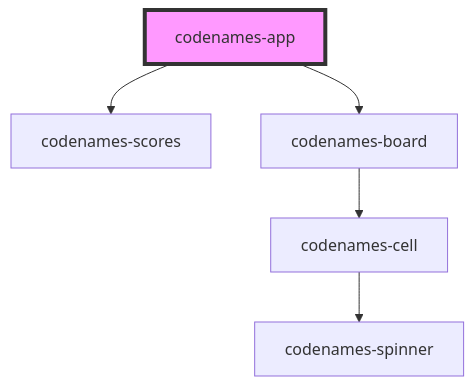
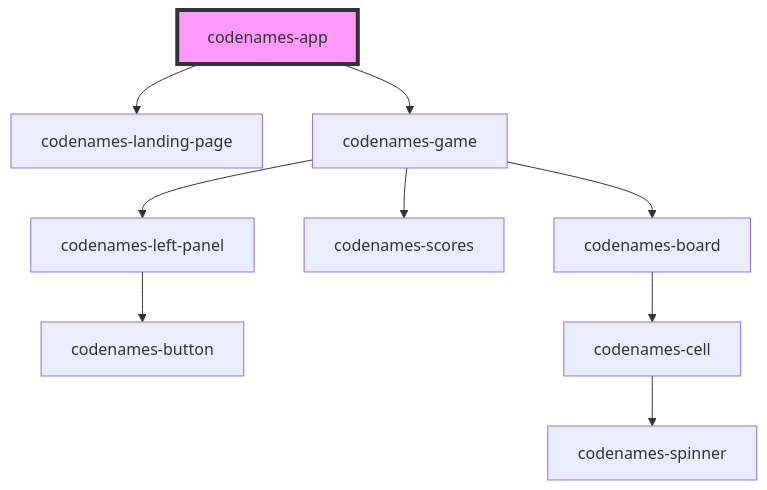
Before and after one commit to nelspd915/codenames: the diagram in packages/frontend/src/components/codenames-app/readme.md, drawn with Mermaid. The commit also changed other lines of this file and 35 other files, not shown here.

````diff
--- a/packages/frontend/src/components/codenames-app/readme.md
+++ b/packages/frontend/src/components/codenames-app/readme.md
@@ -16,8 +16,12 @@
 ```mermaid
 graph TD;
-  codenames-app --> codenames-scores
-  codenames-app --> codenames-board
+  codenames-app --> codenames-landing-page
+  codenames-app --> codenames-game
+  codenames-game --> codenames-left-panel
+  codenames-game --> codenames-scores
+  codenames-game --> codenames-board
+  codenames-left-panel --> codenames-button
   codenames-board --> codenames-cell
   codenames-cell --> codenames-spinner
   style codenames-app fill:#f9f,stroke:#333,stroke-width:4px
 ```
````
